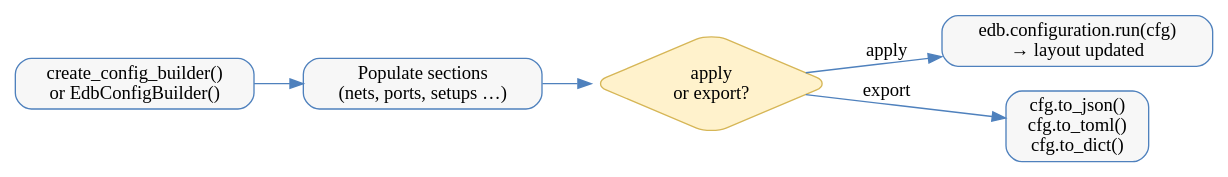
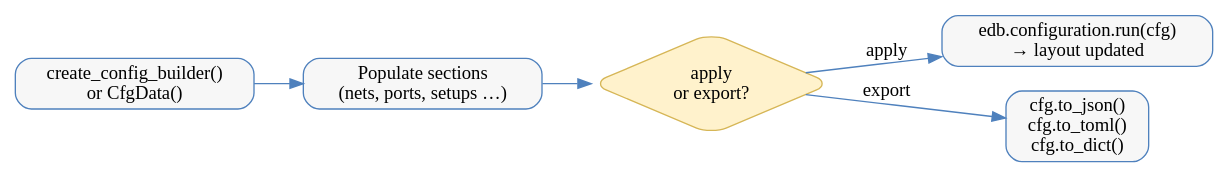
The diagram in doc/source/configuration/configuration_api_examples.rst (ansys/pyedb), drawn with Graphviz before and after one commit. The commit also changed other lines of this file and 4 other files, not shown here.

```diff
--- a/doc/source/configuration/configuration_api_examples.rst
+++ b/doc/source/configuration/configuration_api_examples.rst
@@ -24,17 +24,17 @@
 .. graphviz::
 
    digraph builder_flow {
        rankdir=LR;
        node [shape=box, style="rounded,filled", fillcolor="#F7F7F7", color="#4F81BD"];
        edge [color="#4F81BD"];
 
-       create  [label="create_config_builder()\nor EdbConfigBuilder()"];
+       create  [label="create_config_builder()\nor CfgData()"];
        build   [label="Populate sections\n(nets, ports, setups …)"];
        decide  [label="apply\nor export?", shape=diamond, fillcolor="#FFF2CC", color="#D6B656"];
        run     [label="edb.configuration.run(cfg)\n→ layout updated"];
        export  [label="cfg.to_json()\ncfg.to_toml()\ncfg.to_dict()"];
 
        create -> build -> decide;
        decide -> run     [label="apply"];
        decide -> export  [label="export"];
    }
```
